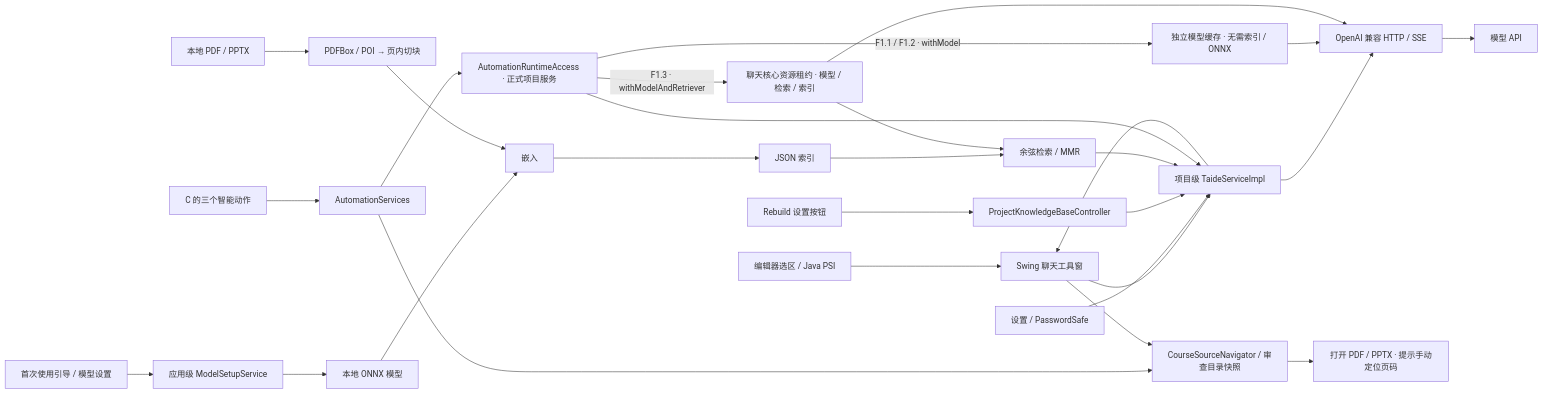
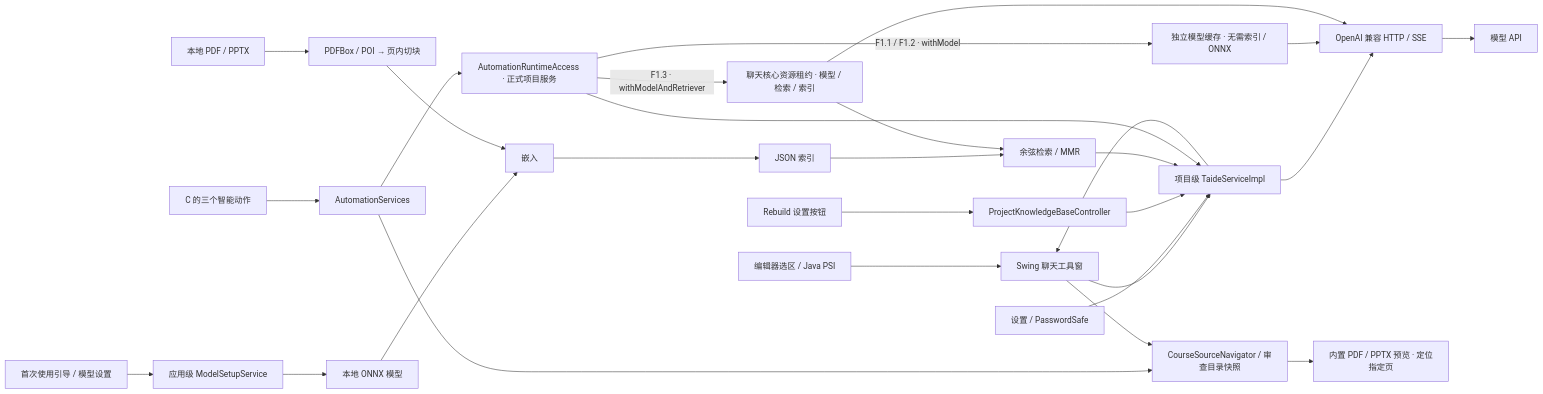
The diagram in README.md (Keith-hq/taide), drawn with Mermaid before and after one commit. The commit also changed other lines of this file and 34 other files, not shown here.

````diff
--- a/README.md
+++ b/README.md
@@ -94,22 +94,22 @@
 ```mermaid
 flowchart LR
     UI["Swing 聊天工具窗"] --> SVC["项目级 TaideServiceImpl"]
     CTX["编辑器选区 / Java PSI"] --> UI
     SETTINGS["设置 / PasswordSafe"] --> SVC
     SETUP["首次使用引导 / 模型设置"] --> MODELSETUP["应用级 ModelSetupService"] --> MODEL
     REBUILD["Rebuild 设置按钮"] --> ADAPTER["ProjectKnowledgeBaseController"] --> SVC
     MAT["本地 PDF / PPTX"] --> ING["PDFBox / POI → 页内切块"]
     MODEL["本地 ONNX 模型"] --> EMB["嵌入"]
     ING --> EMB --> IDX["JSON 索引"] --> RET["余弦检索 / MMR"]
     RET --> SVC --> LLM["OpenAI 兼容 HTTP / SSE"] --> API["模型 API"]
     SVC --> UI
     ACT["C 的三个智能动作"] --> AUTO["AutomationServices"]
     AUTO --> ACCESS["AutomationRuntimeAccess · 正式项目服务"] --> SVC
     ACCESS -- "F1.1 / F1.2 · withModel" --> MODELONLY["独立模型缓存 · 无需索引 / ONNX"] --> LLM
     ACCESS -- "F1.3 · withModelAndRetriever" --> CORE["聊天核心资源租约 · 模型 / 检索 / 索引"]
     CORE --> RET
     CORE --> LLM
     AUTO --> NAV["CourseSourceNavigator / 审查目录快照"]
     UI --> NAV
-    NAV --> FILE["打开 PDF / PPTX · 提示手动定位页码"]
+    NAV --> FILE["内置 PDF / PPTX 预览 · 定位指定页"]
 ```
````
